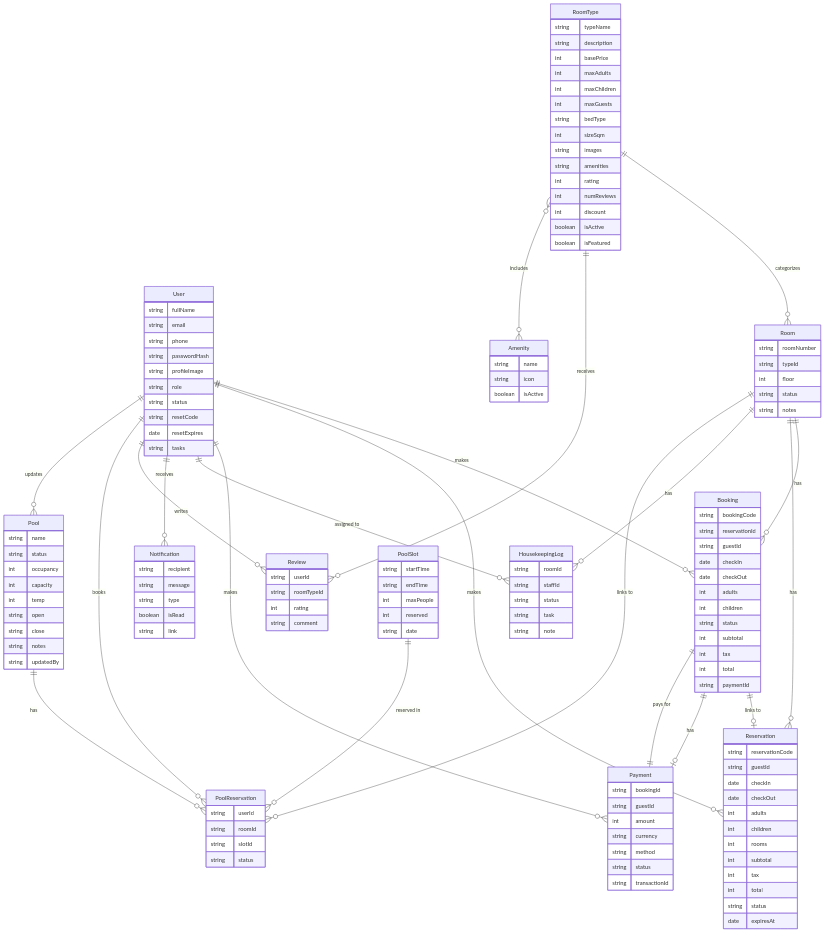
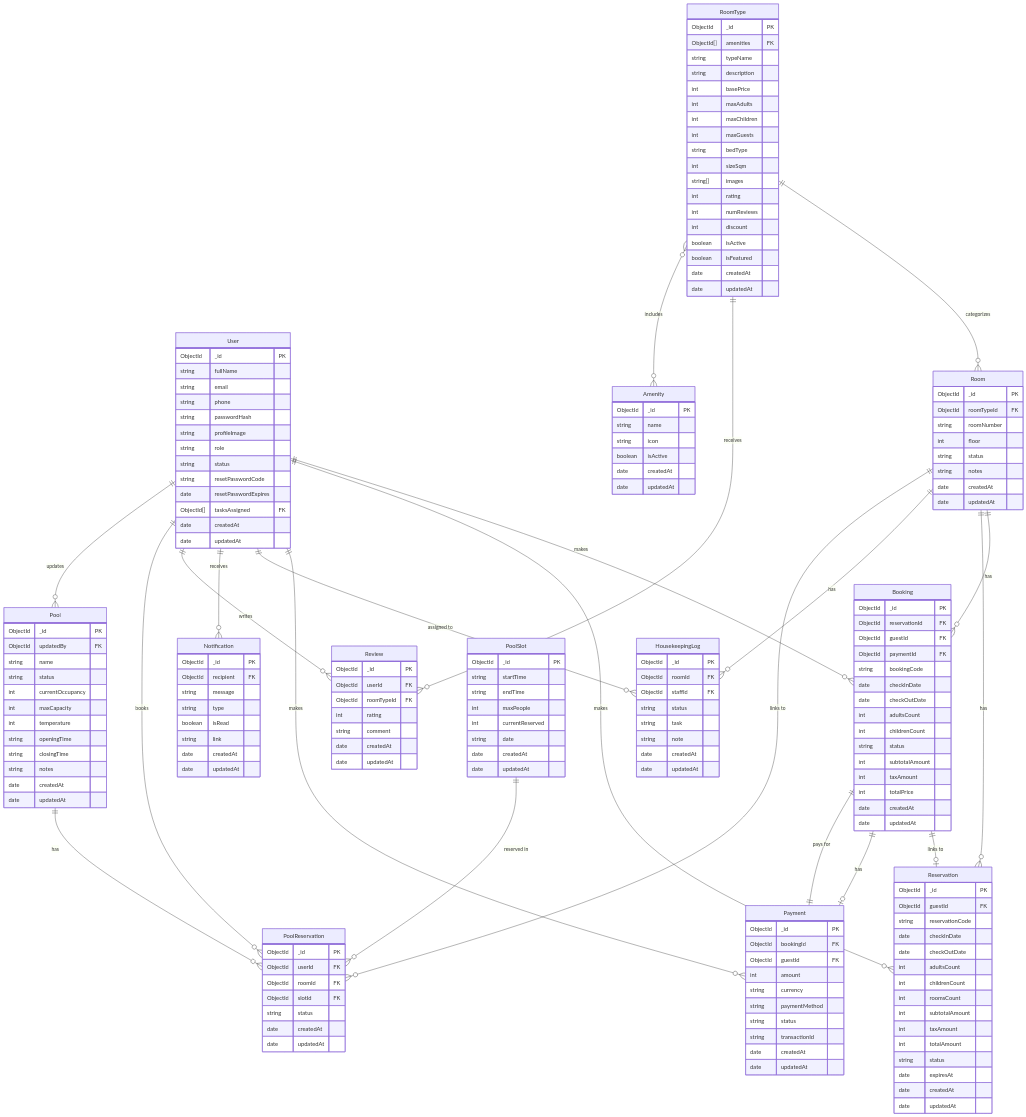
Before and after one commit to yumi-2003/Hotel-Management-system: the diagram in ERD_Code.mermaid, drawn with Mermaid. The commit also changed 1 other file, not shown here.

Commit message:
added ERD

```diff
--- a/ERD_Code.mermaid
+++ b/ERD_Code.mermaid
@@ -1,160 +1,199 @@
 erDiagram
     User ||--o{ Booking : "makes"
     User ||--o{ Reservation : "makes"
     User ||--o{ Payment : "makes"
     User ||--o{ HousekeepingLog : "assigned to"
     User ||--o{ Notification : "receives"
     User ||--o{ Review : "writes"
     User ||--o{ PoolReservation : "books"
     User ||--o{ Pool : "updates"
 
     RoomType ||--o{ Room : "categorizes"
     RoomType ||--o{ Review : "receives"
     RoomType }o--o{ Amenity : "includes"
 
     Room ||--o{ Booking : "has"
     Room ||--o{ Reservation : "has"
     Room ||--o{ HousekeepingLog : "has"
     Room ||--o{ PoolReservation : "links to"
 
     Booking ||--o| Reservation : "links to"
     Booking ||--o| Payment : "has"
     Payment ||--|| Booking : "pays for"
 
     Pool ||--o{ PoolReservation : "has"
     PoolSlot ||--o{ PoolReservation : "reserved in"
 
     User {
+        ObjectId _id PK
         string fullName
         string email
         string phone
         string passwordHash
         string profileImage
         string role
         string status
-        string resetCode
-        date resetExpires
-        string tasks
+        string resetPasswordCode
+        date resetPasswordExpires
+        ObjectId[] tasksAssigned FK
+        date createdAt
+        date updatedAt
     }
 
     RoomType {
+        ObjectId _id PK
+        ObjectId[] amenities FK
         string typeName
         string description
         int basePrice
         int maxAdults
         int maxChildren
         int maxGuests
         string bedType
         int sizeSqm
-        string images
-        string amenities
+        string[] images
         int rating
         int numReviews
         int discount
         boolean isActive
         boolean isFeatured
+        date createdAt
+        date updatedAt
     }
 
     Room {
+        ObjectId _id PK
+        ObjectId roomTypeId FK
         string roomNumber
-        string typeId
         int floor
         string status
         string notes
+        date createdAt
+        date updatedAt
     }
 
     Amenity {
+        ObjectId _id PK
         string name
         string icon
         boolean isActive
+        date createdAt
+        date updatedAt
     }
 
     Booking {
+        ObjectId _id PK
+        ObjectId reservationId FK
+        ObjectId guestId FK
+        ObjectId paymentId FK
         string bookingCode
-        string reservationId
-        string guestId
-        date checkIn
-        date checkOut
-        int adults
-        int children
+        date checkInDate
+        date checkOutDate
+        int adultsCount
+        int childrenCount
         string status
-        int subtotal
-        int tax
-        int total
-        string paymentId
+        int subtotalAmount
+        int taxAmount
+        int totalPrice
+        date createdAt
+        date updatedAt
     }
 
     Reservation {
+        ObjectId _id PK
+        ObjectId guestId FK
         string reservationCode
-        string guestId
-        date checkIn
-        date checkOut
-        int adults
-        int children
-        int rooms
-        int subtotal
-        int tax
-        int total
+        date checkInDate
+        date checkOutDate
+        int adultsCount
+        int childrenCount
+        int roomsCount
+        int subtotalAmount
+        int taxAmount
+        int totalAmount
         string status
         date expiresAt
+        date createdAt
+        date updatedAt
     }
 
     Payment {
-        string bookingId
-        string guestId
+        ObjectId _id PK
+        ObjectId bookingId FK
+        ObjectId guestId FK
         int amount
         string currency
-        string method
+        string paymentMethod
         string status
         string transactionId
+        date createdAt
+        date updatedAt
     }
 
     HousekeepingLog {
-        string roomId
-        string staffId
+        ObjectId _id PK
+        ObjectId roomId FK
+        ObjectId staffId FK
         string status
         string task
         string note
+        date createdAt
+        date updatedAt
     }
 
     Notification {
-        string recipient
+        ObjectId _id PK
+        ObjectId recipient FK
         string message
         string type
         boolean isRead
         string link
+        date createdAt
+        date updatedAt
     }
 
     Review {
-        string userId
-        string roomTypeId
+        ObjectId _id PK
+        ObjectId userId FK
+        ObjectId roomTypeId FK
         int rating
         string comment
+        date createdAt
+        date updatedAt
     }
 
     Pool {
+        ObjectId _id PK
+        ObjectId updatedBy FK
         string name
         string status
-        int occupancy
-        int capacity
-        int temp
-        string open
-        string close
+        int currentOccupancy
+        int maxCapacity
+        int temperature
+        string openingTime
+        string closingTime
         string notes
-        string updatedBy
+        date createdAt
+        date updatedAt
     }
 
     PoolSlot {
+        ObjectId _id PK
         string startTime
         string endTime
         int maxPeople
-        int reserved
+        int currentReserved
         string date
+        date createdAt
+        date updatedAt
     }
 
     PoolReservation {
-        string userId
-        string roomId
-        string slotId
+        ObjectId _id PK
+        ObjectId userId FK
+        ObjectId roomId FK
+        ObjectId slotId FK
         string status
+        date createdAt
+        date updatedAt
     }
```
